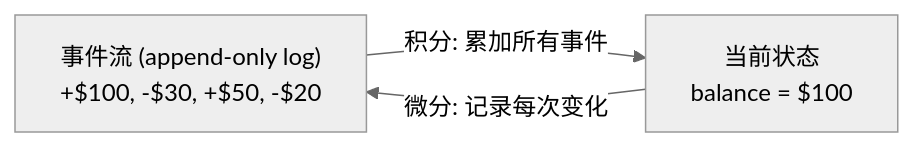
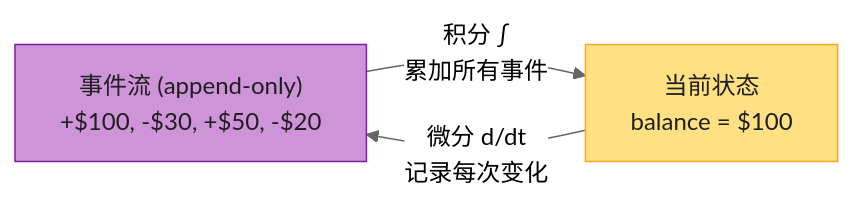
One commit to socoo123/ddia_2nd changed the tenth of 20 diagrams in ch12-流处理.md. Above: the diagram before and after it, drawn with Mermaid (neutral theme). The commit also changed other lines of this file and 5 other files, not shown here.

````diff
--- a/ch12-流处理.md
+++ b/ch12-流处理.md
@@ -188,7 +459,10 @@
 ```mermaid
-graph LR
-    EVENTS["事件流 (append-only log)<br/>+$100, -$30, +$50, -$20"]
+flowchart LR
+    EVENTS["事件流 (append-only)<br/>+$100, -$30, +$50, -$20"]
     STATE["当前状态<br/>balance = $100"]
-    EVENTS -->|"积分: 累加所有事件"| STATE
-    STATE -->|"微分: 记录每次变化"| EVENTS
+    EVENTS -->|"积分 ∫<br/>累加所有事件"| STATE
+    STATE -->|"微分 d/dt<br/>记录每次变化"| EVENTS
+
+    style EVENTS fill:#CE93D8,stroke:#7B1FA2,color:#1f1f1f
+    style STATE fill:#FFE082,stroke:#F9A825,color:#1f1f1f
 ```
````
